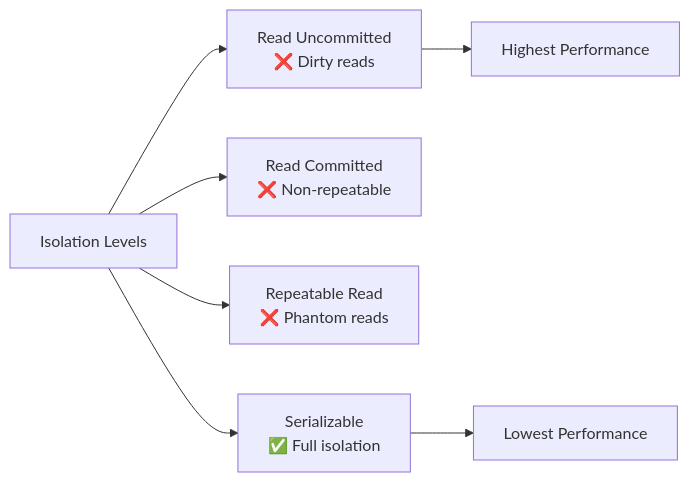
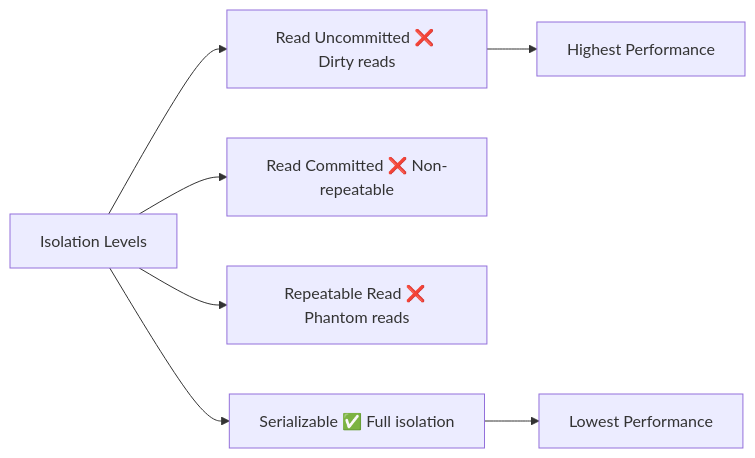
Before and after one commit to p1kmr/for-reading: diagram 32 of 39 in Distributed_Concurrency_Control_Guide.md, drawn with Mermaid. The commit also changed other lines of this file and 2 other files, not shown here.

Commit message:
Fix Mermaid rendering issues in Databases and Message Queues guides by simplifying complex diagrams

````diff
--- a/Distributed_Concurrency_Control_Guide.md
+++ b/Distributed_Concurrency_Control_Guide.md
@@ -1827,10 +1827,10 @@
 ```mermaid
 graph LR
-    A[Isolation Levels] --> B[Read Uncommitted<br/>❌ Dirty reads]
-    A --> C[Read Committed<br/>❌ Non-repeatable]
-    A --> D[Repeatable Read<br/>❌ Phantom reads]
-    A --> E[Serializable<br/>✅ Full isolation]
+    A[Isolation Levels] --> B[Read Uncommitted ❌ Dirty reads]
+    A --> C[Read Committed ❌ Non-repeatable]
+    A --> D[Repeatable Read ❌ Phantom reads]
+    A --> E[Serializable ✅ Full isolation]
 
     B --> F[Highest Performance]
     E --> G[Lowest Performance]
 ```
````
